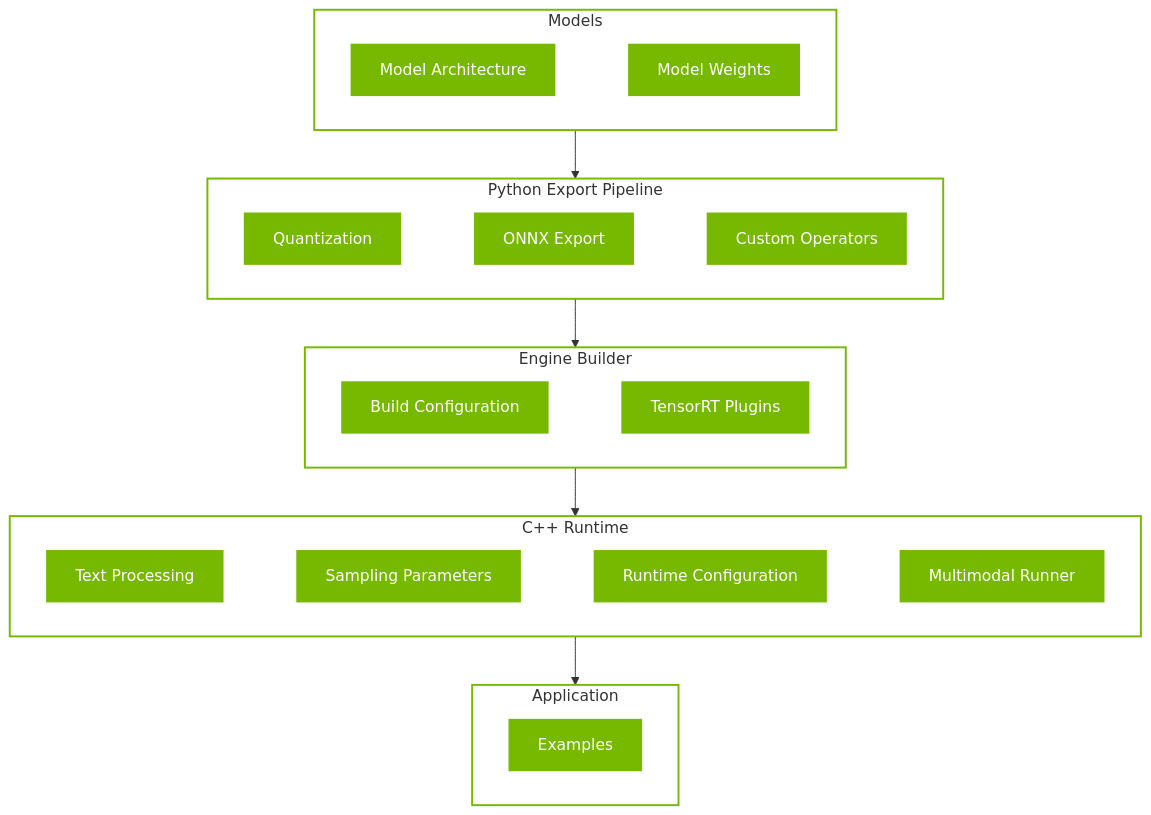
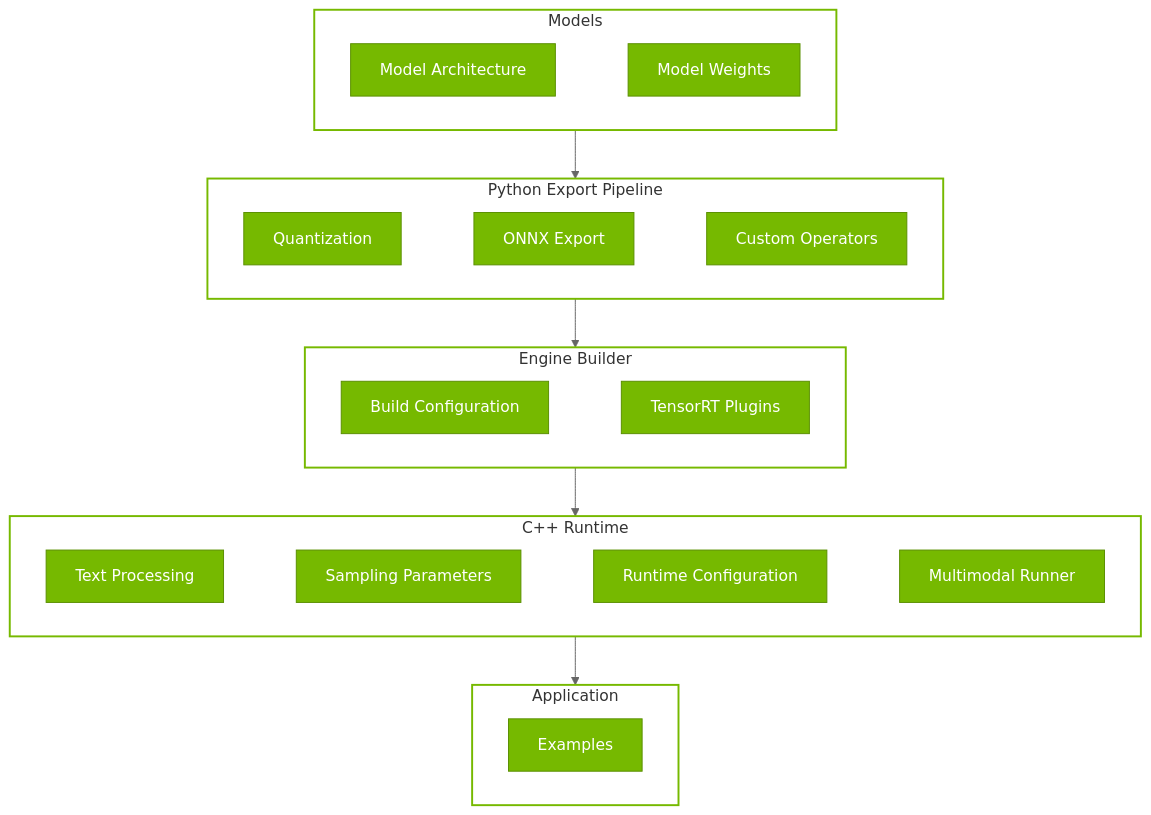
The diagram in docs/source/developer_guide/07_Customization_Guide.md (ConstBob/TensorRT-Edge-LLM), drawn with Mermaid before and after one commit. The commit also changed other lines of this file and 20 other files, not shown here.

````diff
--- a/docs/source/developer_guide/07_Customization_Guide.md
+++ b/docs/source/developer_guide/07_Customization_Guide.md
@@ -11,53 +7,53 @@
 ```mermaid
-%%{init: {'themeVariables': {'edgeLabelBackground': 'white'}}}%%
+%%{init: {'theme':'neutral', 'themeVariables': {'primaryColor':'#76B900','primaryTextColor':'#fff','primaryBorderColor':'#5a8f00','lineColor':'#666','edgeLabelBackground':'#ffffff','labelTextColor':'#000','clusterBkg':'#ffffff','clusterBorder':'#999'}}}%%
 
 graph TB
     subgraph MODELS ["Models"]
         MODEL_ARCH[Model Architecture]
         MODEL_WEIGHTS[Model Weights]
     end
     
     subgraph EXPORT ["Python Export Pipeline"]
         QUANT[Quantization]
         ONNX_EXPORT[ONNX Export]
         CUSTOM_OPERATORS[Custom Operators]
     end
     
     subgraph ENGINE ["Engine Builder"]
         BUILD_CONFIG[Build Configuration]
         TRT_PLUGINS[TensorRT Plugins]
     end
     
     subgraph RUNTIME ["C++ Runtime"]
         TOKENIZATION[Text Processing]
         SAMPLING_CONFIG[Sampling Parameters]
         RUNTIME_CONFIG[Runtime Configuration]
         MULTIMODAL_RUNNER[Multimodal Runner]
     end
     
     subgraph APP ["Application"]
         EXAMPLES[Examples]
     end
     
     MODEL_ARCH ~~~ MODEL_WEIGHTS
     
     QUANT ~~~ ONNX_EXPORT
     ONNX_EXPORT ~~~ CUSTOM_OPERATORS
     
     BUILD_CONFIG ~~~ TRT_PLUGINS
     
     TOKENIZATION ~~~ SAMPLING_CONFIG
     SAMPLING_CONFIG ~~~ RUNTIME_CONFIG
     RUNTIME_CONFIG ~~~ MULTIMODAL_RUNNER
     
     MODELS --> EXPORT
     EXPORT --> ENGINE
     ENGINE --> RUNTIME
     RUNTIME --> APP
 
-    classDef nvNode fill:#76B900, stroke-width:0px, color:#ffffff
-    classDef layerBox fill:#ffffff, stroke:#76B900, stroke-width:2px
+    classDef nvNode fill:#76B900,stroke:#5a8f00,stroke-width:1px,color:#fff
+    classDef layerBox fill:none,stroke:#76B900,stroke-width:2px
     
     class MODEL_ARCH,MODEL_WEIGHTS,QUANT,ONNX_EXPORT,CUSTOM_OPERATORS,BUILD_CONFIG,TRT_PLUGINS,TOKENIZATION,SAMPLING_CONFIG,RUNTIME_CONFIG,MULTIMODAL_RUNNER,EXAMPLES nvNode
     class MODELS,EXPORT,ENGINE,RUNTIME,APP layerBox
 ```
````
